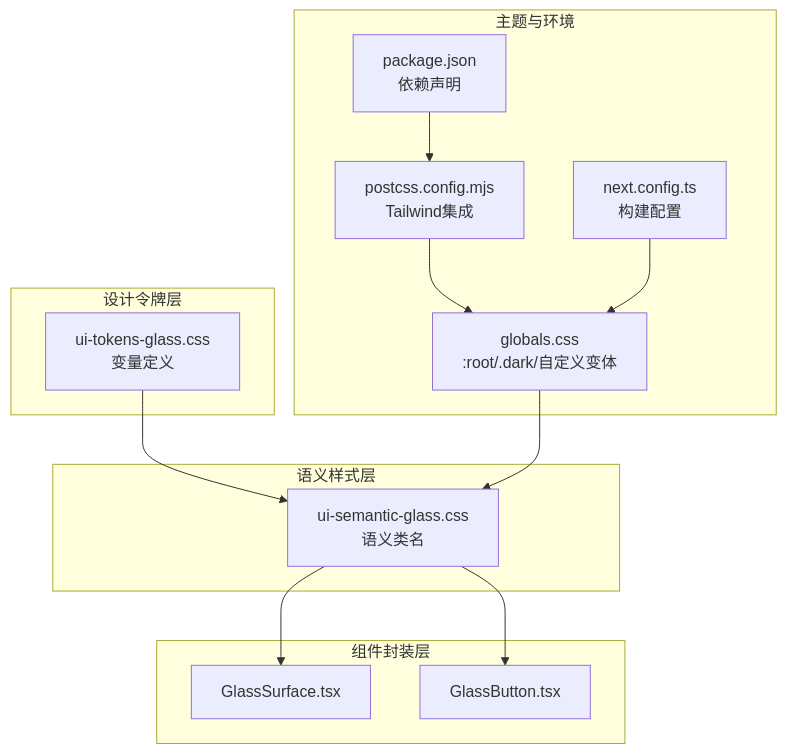
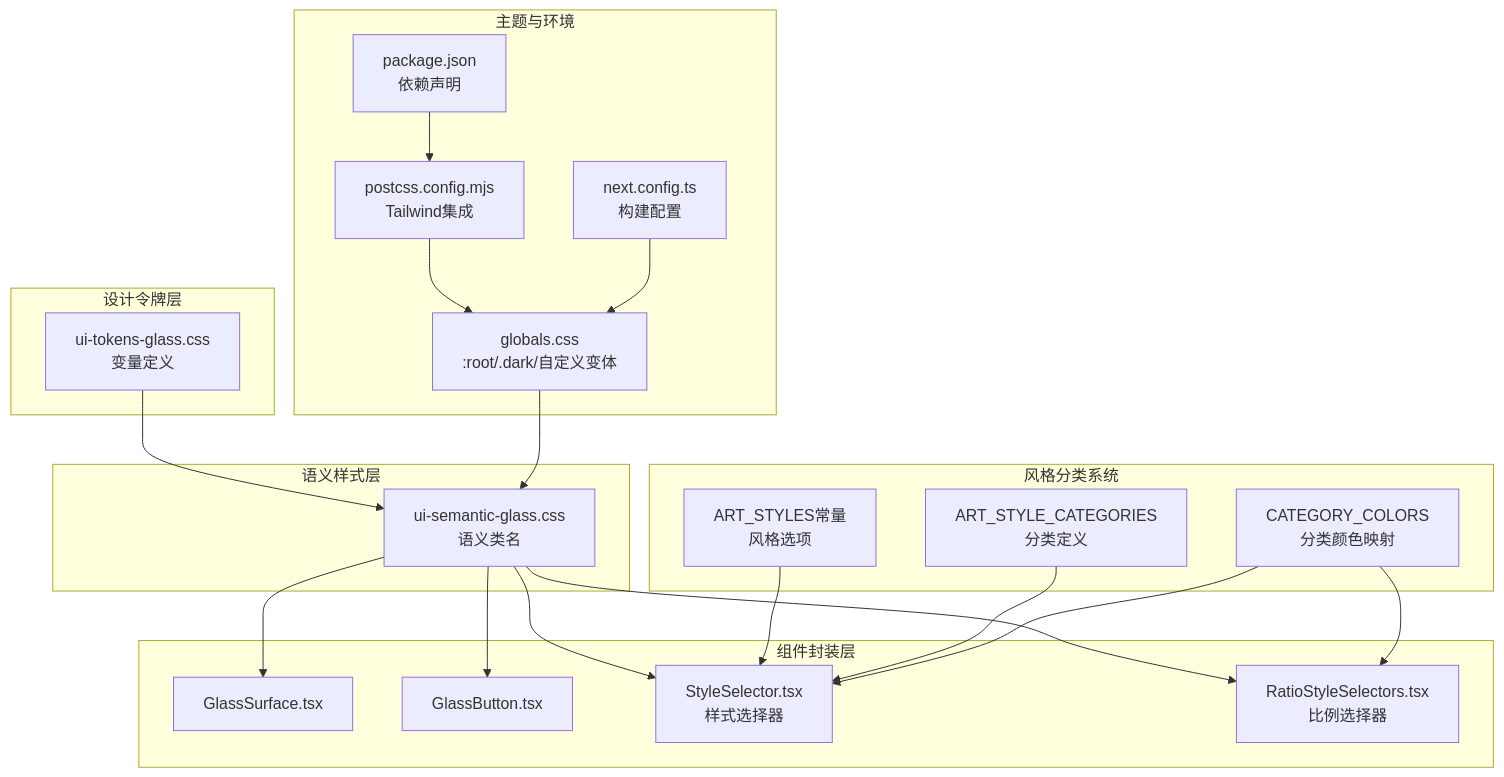
One commit to lyl2021/waoowaoo changed the second of 8 diagrams in .qoder/repowiki/zh/content/前端组件架构/样式与主题.md. Above: the diagram before and after it, drawn with Mermaid. The commit also changed other lines of this file and 20 other files, not shown here.

````diff
--- a/.qoder/repowiki/zh/content/前端组件架构/样式与主题.md
+++ b/.qoder/repowiki/zh/content/前端组件架构/样式与主题.md
@@ -88,26 +121,39 @@
 ```mermaid
 graph TB
 subgraph "设计令牌层"
 T1["ui-tokens-glass.css<br/>变量定义"]
 end
 subgraph "语义样式层"
 S1["ui-semantic-glass.css<br/>语义类名"]
 end
 subgraph "组件封装层"
 C1["GlassSurface.tsx"]
 C2["GlassButton.tsx"]
+C3["StyleSelector.tsx<br/>样式选择器"]
+C4["RatioStyleSelectors.tsx<br/>比例选择器"]
+end
+subgraph "风格分类系统"
+SC1["ART_STYLES常量<br/>风格选项"]
+SC2["ART_STYLE_CATEGORIES<br/>分类定义"]
+SC3["CATEGORY_COLORS<br/>分类颜色映射"]
 end
 subgraph "主题与环境"
 H1["globals.css<br/>:root/.dark/自定义变体"]
 P1["postcss.config.mjs<br/>Tailwind集成"]
 N1["next.config.ts<br/>构建配置"]
 K1["package.json<br/>依赖声明"]
 end
 T1 --> S1
 S1 --> C1
 S1 --> C2
+S1 --> C3
+S1 --> C4
+SC1 --> C3
+SC2 --> C3
+SC3 --> C3
+SC3 --> C4
 H1 --> S1
 P1 --> H1
 N1 --> H1
 K1 --> P1
 ```
````
